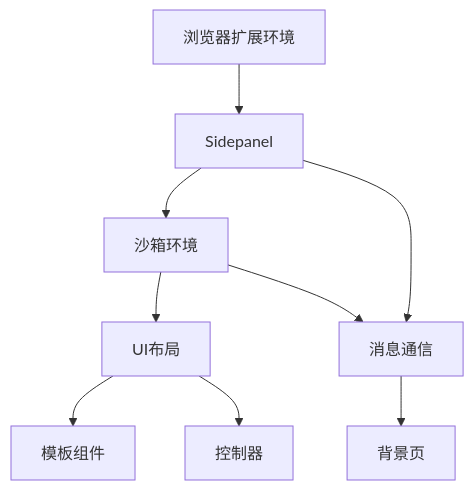
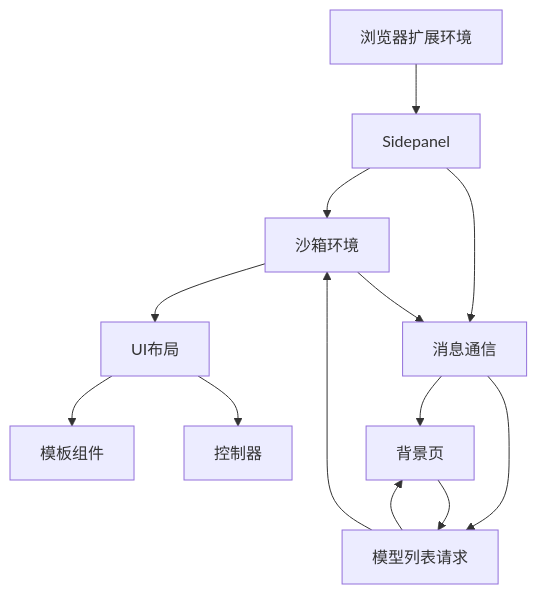
The second of 7 diagrams in .qoder/repowiki/zh/content/架构设计/整体架构/Sidepanel侧边栏界面.md (SEVENTEEN-TAN/gemini-nexus), drawn with Mermaid before and after one commit. The commit also changed other lines of this file and 16 other files, not shown here.

````diff
--- a/.qoder/repowiki/zh/content/架构设计/整体架构/Sidepanel侧边栏界面.md
+++ b/.qoder/repowiki/zh/content/架构设计/整体架构/Sidepanel侧边栏界面.md
@@ -82,11 +92,15 @@
 ```mermaid
 graph TD
 A[浏览器扩展环境] --> B[Sidepanel]
 B --> C[沙箱环境]
 C --> D[UI布局]
 D --> E[模板组件]
 D --> F[控制器]
 B --> G[消息通信]
 C --> G
 G --> H[背景页]
+G --> I[模型列表请求]
+I --> H
+H --> I
+I --> C
 ```
````
